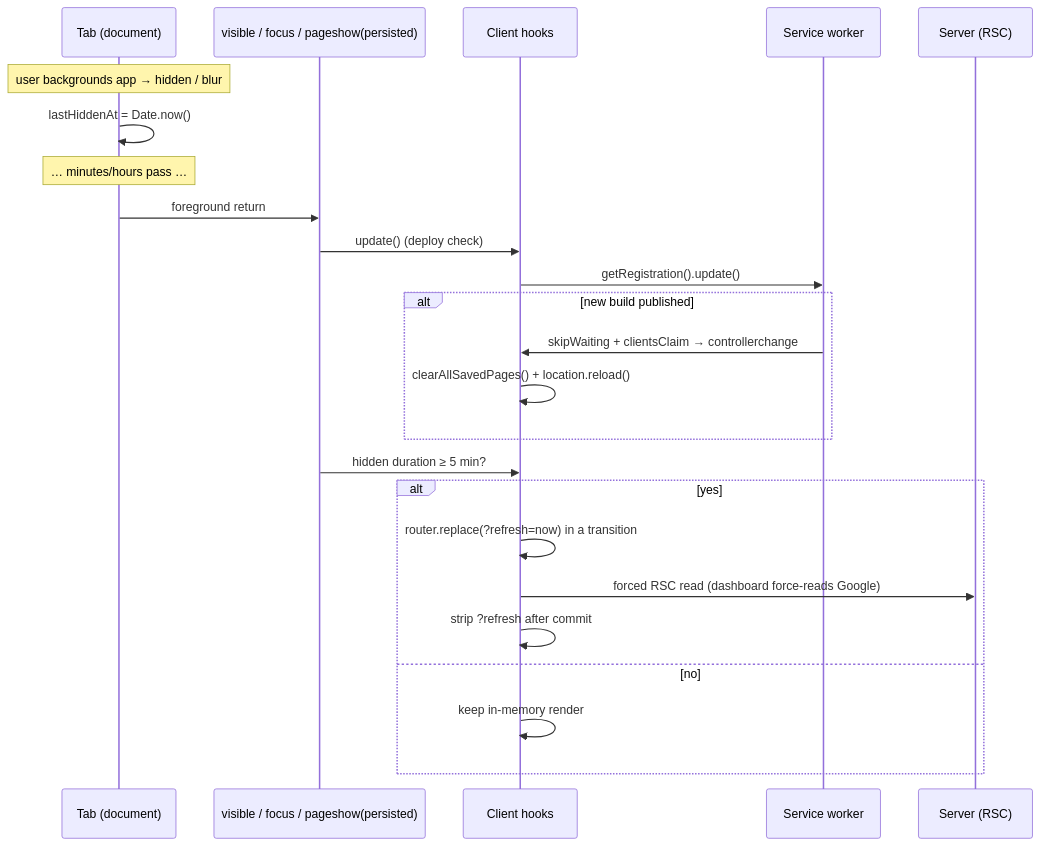
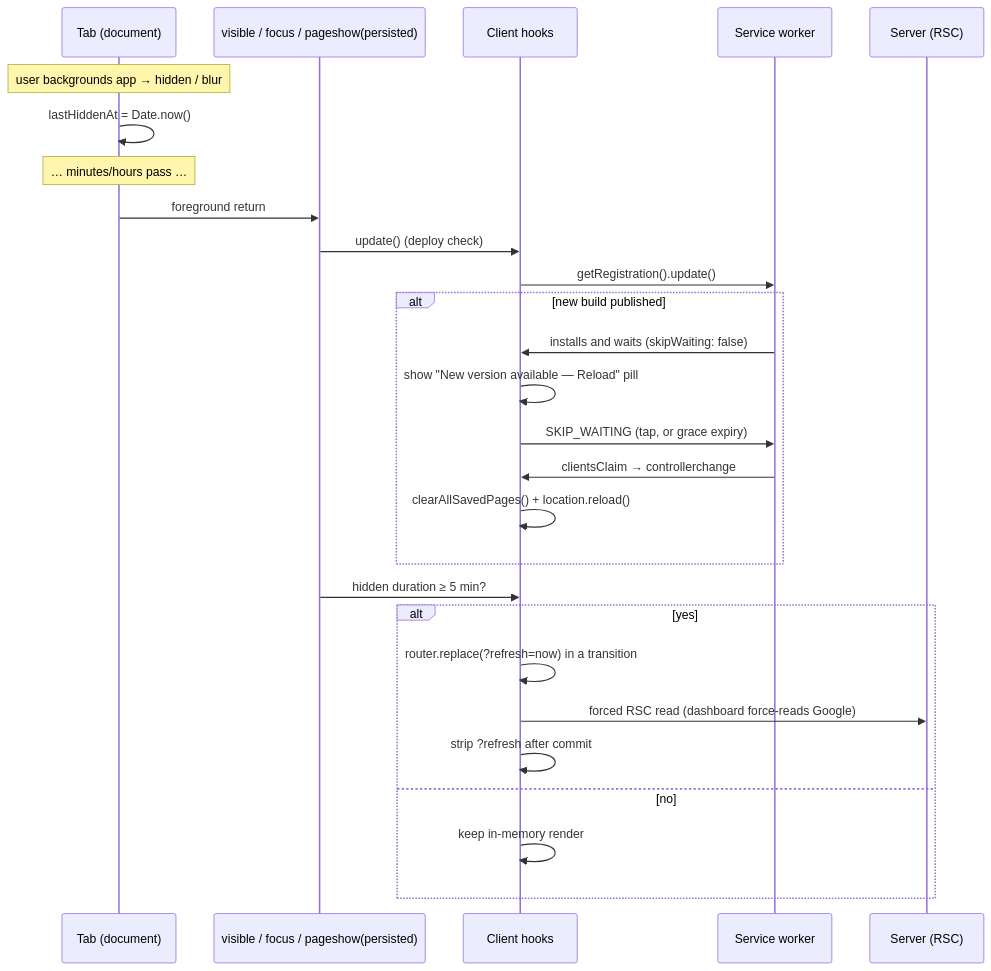
Before and after one commit to oncloudnintynineone-source/cloudy2: the fifth of 6 diagrams in docs/pwa-offline.md, drawn with Mermaid. The commit also changed other lines of this file and 11 other files, not shown here.

Commit message:
feat(pwa): show Update-available reload pill for waiting SW builds

````diff
--- a/docs/pwa-offline.md
+++ b/docs/pwa-offline.md
@@ -474,27 +485,30 @@
 ```mermaid
 sequenceDiagram
  participant T as Tab (document)
  participant V as visible / focus / pageshow(persisted)
  participant C as Client hooks
  participant SW as Service worker
  participant S as Server (RSC)
 
  Note over T: user backgrounds app → hidden / blur
  T->>T: lastHiddenAt = Date.now()
  Note over T: … minutes/hours pass …
  T->>V: foreground return
  V->>C: update() (deploy check)
  C->>SW: getRegistration().update()
  alt new build published
- SW->>C: skipWaiting + clientsClaim → controllerchange
+ SW->>C: installs and waits (skipWaiting: false)
+ C->>C: show "New version available — Reload" pill
+ C->>SW: SKIP_WAITING (tap, or grace expiry)
+ SW->>C: clientsClaim → controllerchange
  C->>C: clearAllSavedPages() + location.reload()
  end
  V->>C: hidden duration ≥ 5 min?
  alt yes
  C->>C: router.replace(?refresh=now) in a transition
  C->>S: forced RSC read (dashboard force-reads Google)
  C->>C: strip ?refresh after commit
  else no
  C->>C: keep in-memory render
  end
 ```
````
